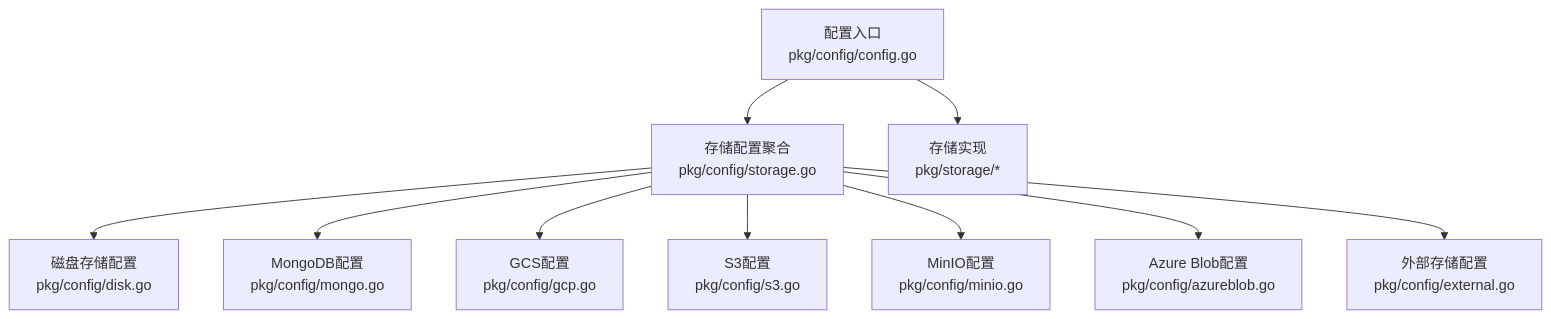
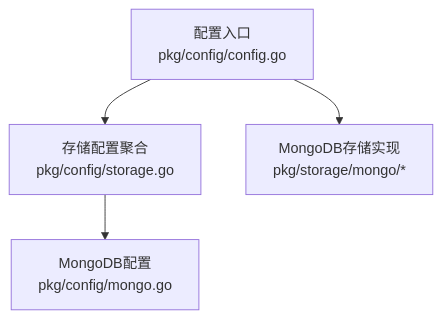
One commit to leimeng-go/athens changed the first of 4 diagrams in .qoder/repowiki/zh/content/配置参考/存储后端配置/存储后端配置.md. Above: the diagram before and after it, drawn with Mermaid. The commit also changed other lines of this file and 14 other files, not shown here.

````diff
--- a/.qoder/repowiki/zh/content/配置参考/存储后端配置/存储后端配置.md
+++ b/.qoder/repowiki/zh/content/配置参考/存储后端配置/存储后端配置.md
@@ -46,12 +44,6 @@
 ```mermaid
 graph TB
 A["配置入口<br/>pkg/config/config.go"] --> B["存储配置聚合<br/>pkg/config/storage.go"]
-B --> C["磁盘存储配置<br/>pkg/config/disk.go"]
 B --> D["MongoDB配置<br/>pkg/config/mongo.go"]
-B --> E["GCS配置<br/>pkg/config/gcp.go"]
-B --> F["S3配置<br/>pkg/config/s3.go"]
-B --> G["MinIO配置<br/>pkg/config/minio.go"]
-B --> H["Azure Blob配置<br/>pkg/config/azureblob.go"]
-B --> I["外部存储配置<br/>pkg/config/external.go"]
-A --> J["存储实现<br/>pkg/storage/*"]
+A --> J["MongoDB存储实现<br/>pkg/storage/mongo/*"]
 ```
````
